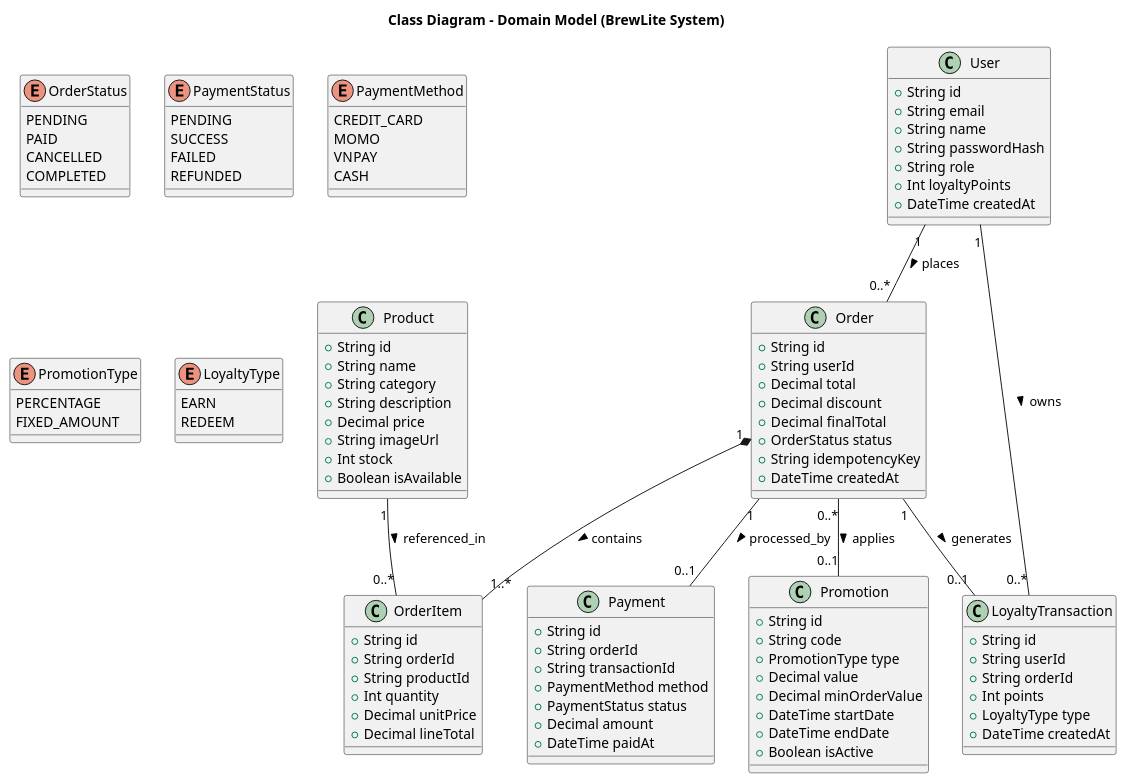
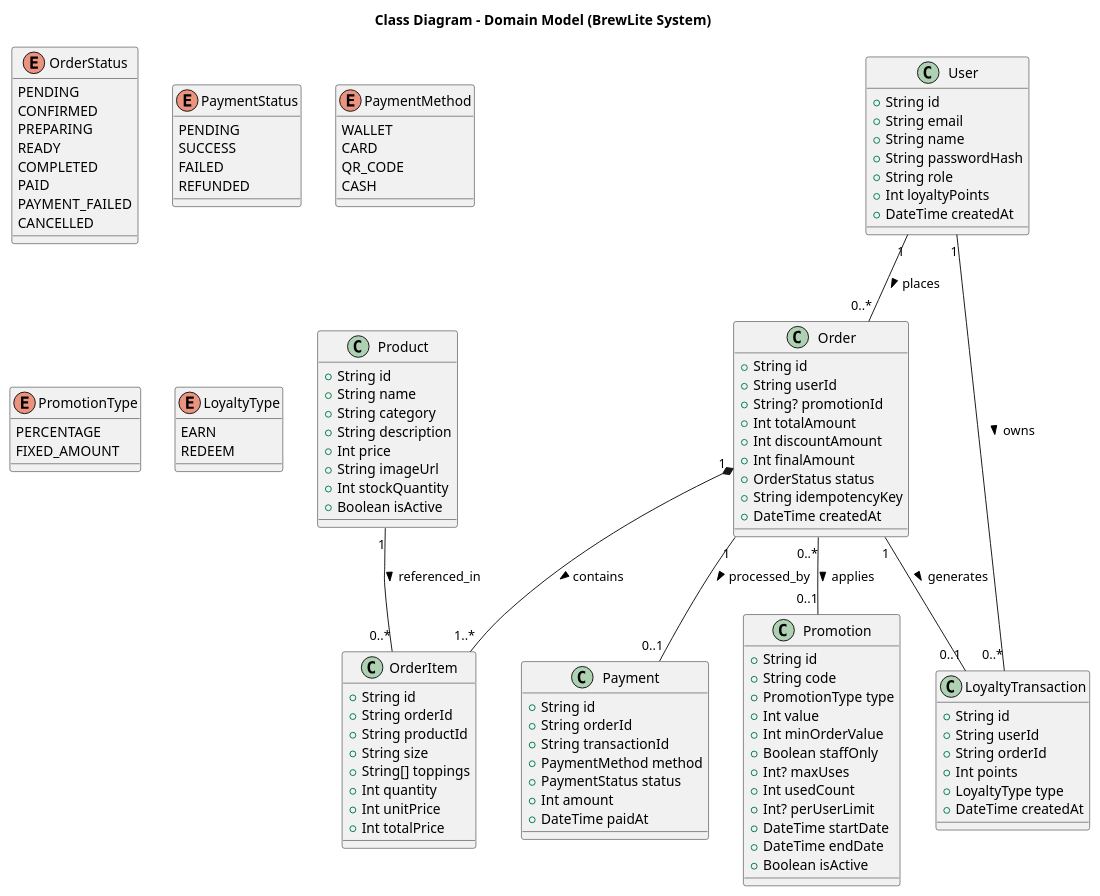
One commit to DjCurse/BrewLite-2 changed the diagram in docs/diagrams/class-diagram.puml. Above: the diagram before and after it, drawn with PlantUML. The commit also changed 21 other files, not shown here.

Commit message:
Update nội dung diagram

```diff
--- a/docs/diagrams/class-diagram.puml
+++ b/docs/diagrams/class-diagram.puml
@@ -1,118 +1,128 @@
 @startuml class-diagram
 title Class Diagram - Domain Model (BrewLite System)
 skinparam backgroundColor white
+
 enum OrderStatus {
     PENDING
+    CONFIRMED
+    PREPARING
+    READY
+    COMPLETED
     PAID
+    PAYMENT_FAILED
     CANCELLED
-    COMPLETED
 }
 
 enum PaymentStatus {
     PENDING
     SUCCESS
     FAILED
     REFUNDED
 }
 
 enum PaymentMethod {
-    CREDIT_CARD
-    MOMO
-    VNPAY
+    WALLET
+    CARD
+    QR_CODE
     CASH
 }
 
 enum PromotionType {
     PERCENTAGE
     FIXED_AMOUNT
 }
 
 enum LoyaltyType {
     EARN
     REDEEM
 }
 
 class User {
     + String id
     + String email
     + String name
     + String passwordHash
     + String role
     + Int loyaltyPoints
     + DateTime createdAt
 }
 
 class Product {
     + String id
     + String name
     + String category
     + String description
-    + Decimal price
+    + Int price
     + String imageUrl
-    + Int stock
-    + Boolean isAvailable
+    + Int stockQuantity
+    + Boolean isActive
 }
 
 class Order {
     + String id
     + String userId
-    + Decimal total
-    + Decimal discount
-    + Decimal finalTotal
+    + String? promotionId
+    + Int totalAmount
+    + Int discountAmount
+    + Int finalAmount
     + OrderStatus status
     + String idempotencyKey
     + DateTime createdAt
 }
 
 class OrderItem {
     + String id
     + String orderId
     + String productId
+    + String size
+    + String[] toppings
     + Int quantity
-    + Decimal unitPrice
-    + Decimal lineTotal
+    + Int unitPrice
+    + Int totalPrice
 }
 
 class Payment {
     + String id
     + String orderId
     + String transactionId
     + PaymentMethod method
     + PaymentStatus status
-    + Decimal amount
+    + Int amount
     + DateTime paidAt
 }
 
 class Promotion {
     + String id
     + String code
     + PromotionType type
-    + Decimal value
-    + Decimal minOrderValue
+    + Int value
+    + Int minOrderValue
+    + Boolean staffOnly
+    + Int? maxUses
+    + Int usedCount
+    + Int? perUserLimit
     + DateTime startDate
     + DateTime endDate
     + Boolean isActive
 }
 
 class LoyaltyTransaction {
     + String id
     + String userId
     + String orderId
     + Int points
     + LoyaltyType type
     + DateTime createdAt
 }
 
-' Relations & Multiplicity
 User "1" -- "0..*" Order : places >
 User "1" -- "0..*" LoyaltyTransaction : owns >
 
 Order "1" *-- "1..*" OrderItem : contains >
 Order "1" -- "0..1" Payment : processed_by >
 Order "0..*" -- "0..1" Promotion : applies >
 
 Product "1" -- "0..*" OrderItem : referenced_in >
-
 Order "1" -- "0..1" LoyaltyTransaction : generates >
 
 @enduml
```
